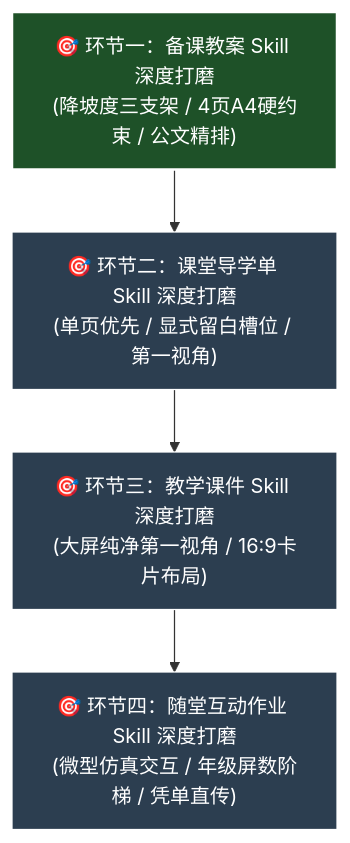
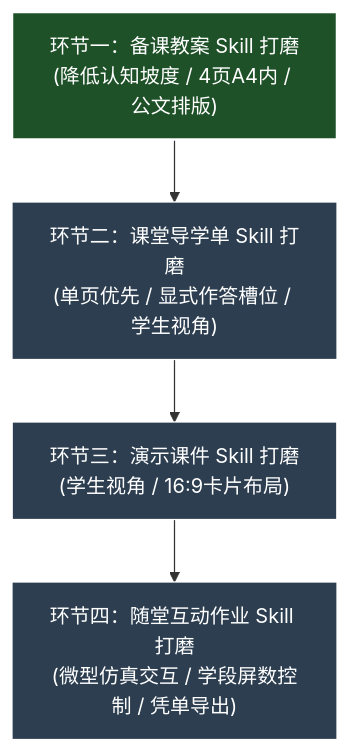
One commit to 4724656/it-lesson-studio changed the diagram in AGENTS.md. Above: the diagram before and after it, drawn with Mermaid. The commit also changed other lines of this file, not shown here.

````diff
--- a/AGENTS.md
+++ b/AGENTS.md
@@ -84,10 +71,10 @@
 ```mermaid
 flowchart TD
-    S1["🎯 环节一：备课教案 Skill 深度打磨<br/>(降坡度三支架 / 4页A4硬约束 / 公文精排)"] --> S2["🎯 环节二：课堂导学单 Skill 深度打磨<br/>(单页优先 / 显式留白槽位 / 第一视角)"]
-    S2 --> S3["🎯 环节三：教学课件 Skill 深度打磨<br/>(大屏纯净第一视角 / 16:9卡片布局)"]
-    S3 --> S4["🎯 环节四：随堂互动作业 Skill 深度打磨<br/>(微型仿真交互 / 年级屏数阶梯 / 凭单直传)"]
+    S1["环节一：备课教案 Skill 打磨<br/>(降低认知坡度 / 4页A4内 / 公文排版)"] --> S2["环节二：课堂导学单 Skill 打磨<br/>(单页优先 / 显式作答槽位 / 学生视角)"]
+    S2 --> S3["环节三：演示课件 Skill 打磨<br/>(学生视角 / 16:9卡片布局)"]
+    S3 --> S4["环节四：随堂互动作业 Skill 打磨<br/>(微型仿真交互 / 学段屏数控制 / 凭单导出)"]
     style S1 fill:#1E5128,stroke:#fff,stroke-width:2px,color:#fff
     style S2 fill:#2C3E50,stroke:#fff,stroke-width:1px,color:#fff
     style S3 fill:#2C3E50,stroke:#fff,stroke-width:1px,color:#fff
     style S4 fill:#2C3E50,stroke:#fff,stroke-width:1px,color:#fff
 ```
````
